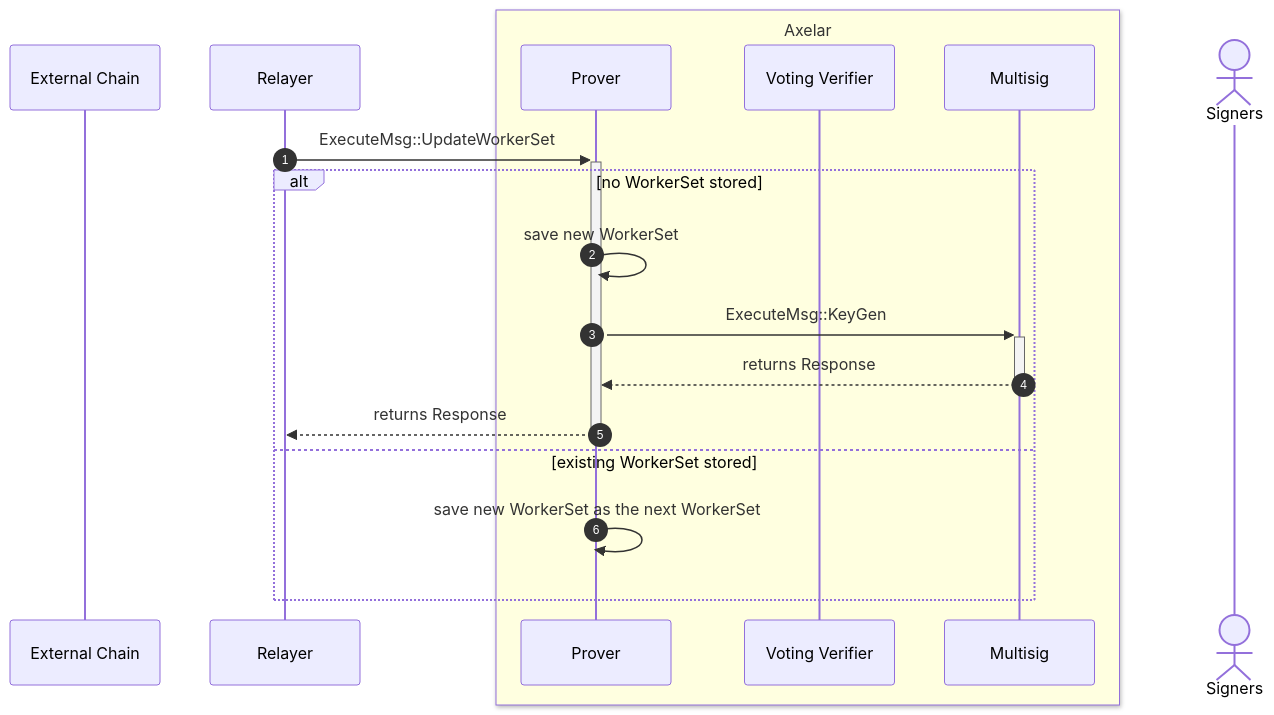
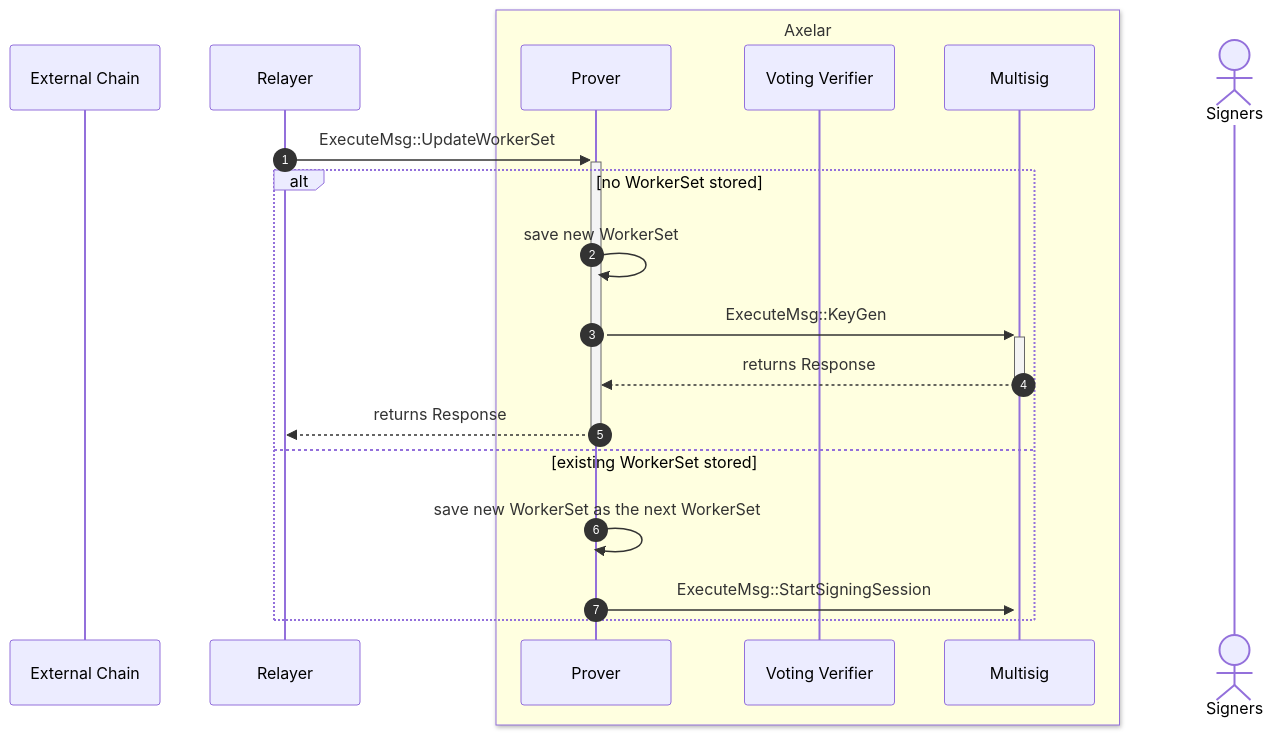
One commit to axelarnetwork/axelar-amplifier changed the third of 3 diagrams in doc/src/contracts/multisig_prover.md. Above: the diagram before and after it, drawn with Mermaid.

Commit message:
this this?

````diff
--- a/doc/src/contracts/multisig_prover.md
+++ b/doc/src/contracts/multisig_prover.md
@@ -82,21 +82,22 @@
 ```mermaid
 sequenceDiagram
 autonumber
 participant External Chain
 participant Relayer
 box LightYellow Axelar
 participant Prover
 participant Voting Verifier
 participant Multisig
 end
 actor Signers
 Relayer->>+Prover: ExecuteMsg::UpdateWorkerSet
 alt no WorkerSet stored
   Prover->>Prover: save new WorkerSet
   Prover->>+Multisig: ExecuteMsg::KeyGen
   Multisig-->>-Prover: returns Response
   Prover-->>-Relayer: returns Response
 else existing WorkerSet stored
   Prover->>Prover: save new WorkerSet as the next WorkerSet
+  Prover->>+Multisig: ExecuteMsg::StartSigningSession
 end
 ```
````
